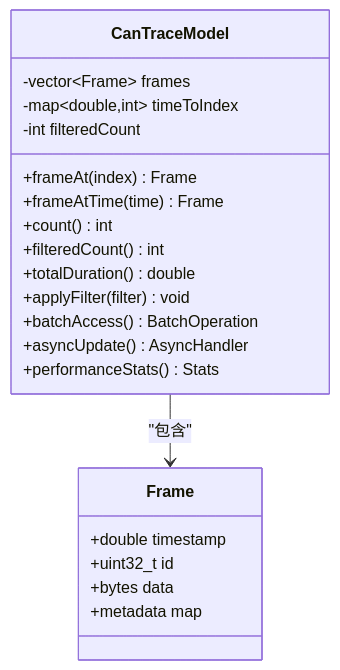
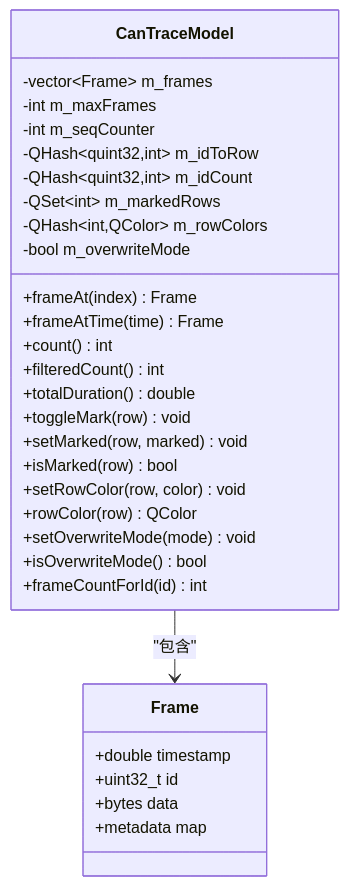
The fourth of 6 diagrams in .qoder/repowiki/zh/content/架构设计/UI系统设计/播放控制Tab组件.md (jakecai1225-design/OpenBus), drawn with Mermaid before and after one commit. The commit also changed other lines of this file and 13 other files, not shown here.

````diff
--- a/.qoder/repowiki/zh/content/架构设计/UI系统设计/播放控制Tab组件.md
+++ b/.qoder/repowiki/zh/content/架构设计/UI系统设计/播放控制Tab组件.md
@@ -292,24 +235,33 @@
 ```mermaid
 classDiagram
 class CanTraceModel {
--vector~Frame~ frames
--map~double,int~ timeToIndex
--int filteredCount
+-vector~Frame~ m_frames
+-int m_maxFrames
+-int m_seqCounter
+-QHash~quint32,int~ m_idToRow
+-QHash~quint32,int~ m_idCount
+-QSet~int~ m_markedRows
+-QHash~int,QColor~ m_rowColors
+-bool m_overwriteMode
 +frameAt(index) Frame
 +frameAtTime(time) Frame
 +count() int
 +filteredCount() int
 +totalDuration() double
-+applyFilter(filter) void
-+batchAccess() BatchOperation
-+asyncUpdate() AsyncHandler
-+performanceStats() Stats
++toggleMark(row) void
++setMarked(row, marked) void
++isMarked(row) bool
++setRowColor(row, color) void
++rowColor(row) QColor
++setOverwriteMode(mode) void
++isOverwriteMode() bool
++frameCountForId(id) int
 }
 class Frame {
 +double timestamp
 +uint32_t id
 +bytes data
 +metadata map
 }
 CanTraceModel --> Frame : "包含"
 ```
````
